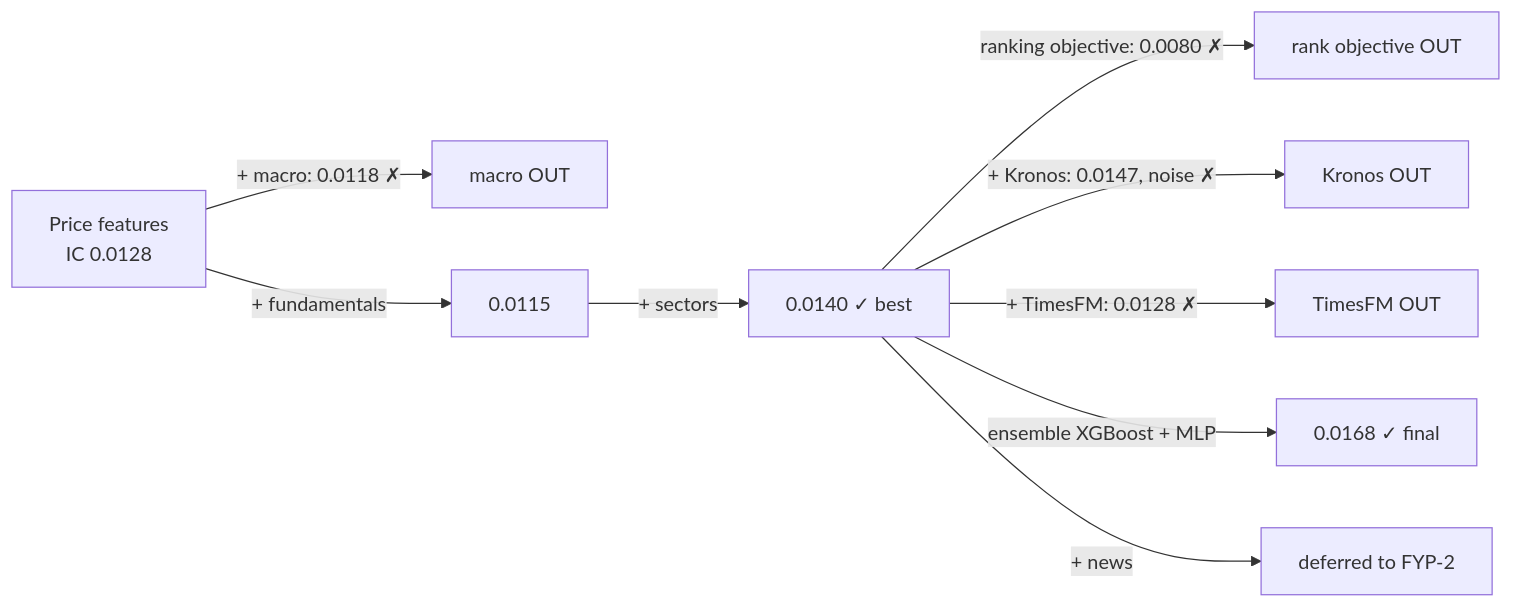
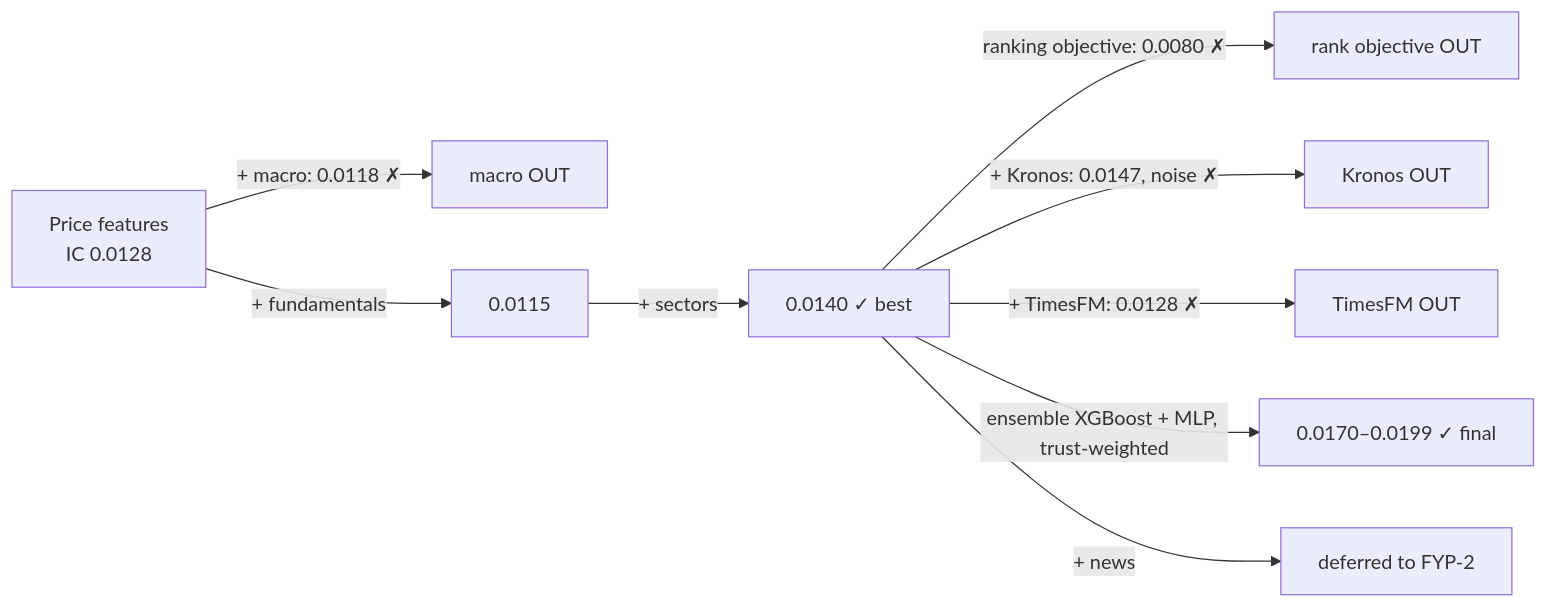
One commit to Naveed-CoLab/LatticeX changed the diagram in docs/decisions.md. Above: the diagram before and after it, drawn with Mermaid. The commit also changed other lines of this file and 15 other files, not shown here.

Commit message:
Final model: trust-weighted XGBoost + MLP on 634 stocks (IC 0.0170, t 2.25)

````diff
--- a/docs/decisions.md
+++ b/docs/decisions.md
@@ -12,11 +12,11 @@
 ```mermaid
 flowchart LR
     A[Price features<br/>IC 0.0128] -->|+ macro: 0.0118 ✗| X1[macro OUT]
     A -->|+ fundamentals| B[0.0115]
     B -->|+ sectors| C[0.0140 ✓ best]
     C -->|ranking objective: 0.0080 ✗| X2[rank objective OUT]
     C -->|+ Kronos: 0.0147, noise ✗| X3[Kronos OUT]
     C -->|+ TimesFM: 0.0128 ✗| X4[TimesFM OUT]
-    C -->|ensemble XGBoost + MLP| E[0.0168 ✓ final]
+    C -->|ensemble XGBoost + MLP, trust-weighted| E[0.0170–0.0199 ✓ final]
     C -->|+ news| P2[deferred to FYP-2]
 ```
````
